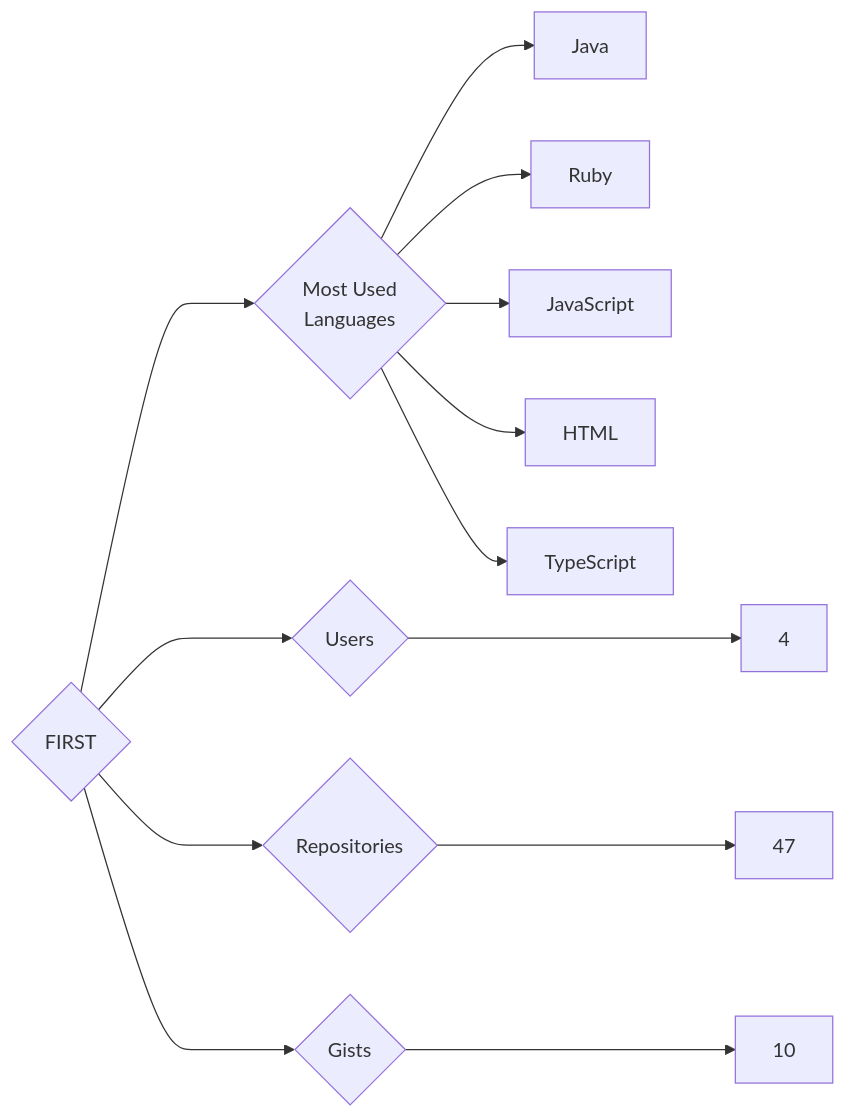
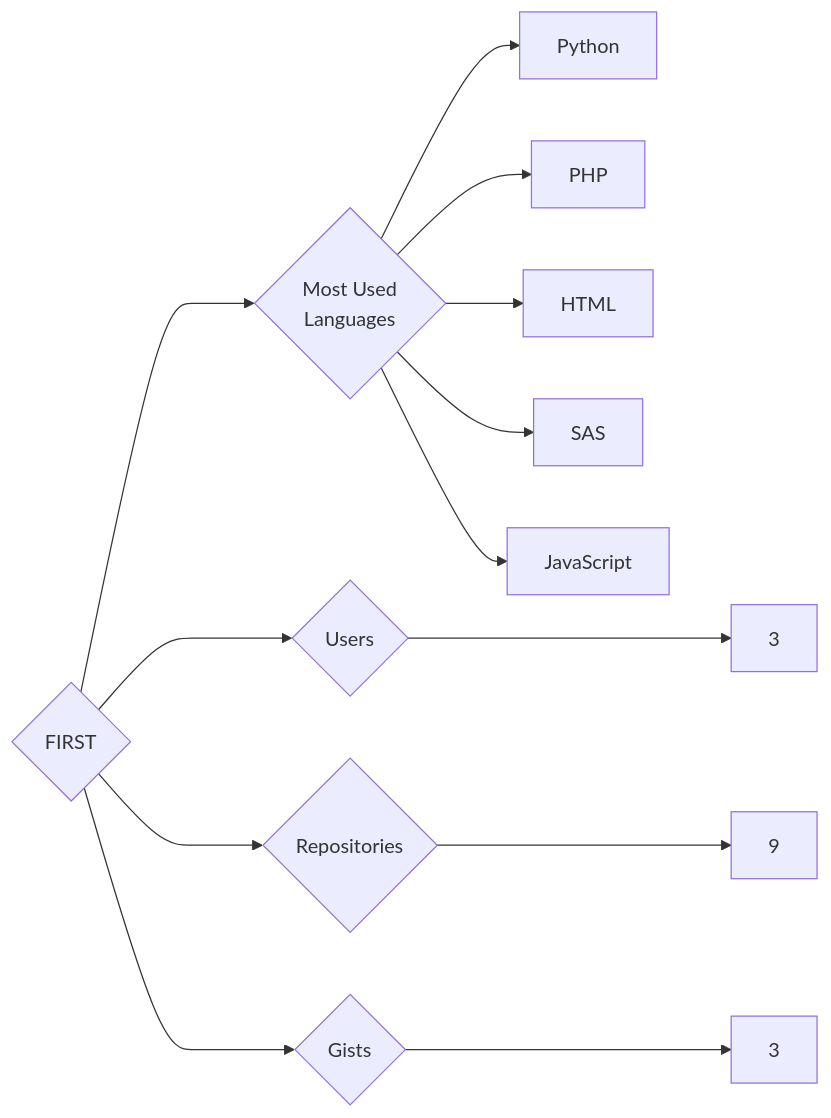
One commit to trickest/insiders changed the diagram in targets/FIRST/README.md. Above: the diagram before and after it, drawn with Mermaid. The commit also changed 1084 other files, not shown here.

````diff
--- a/targets/FIRST/README.md
+++ b/targets/FIRST/README.md
@@ -3,13 +3,13 @@
 ```mermaid
 graph LR
 COMPANY_NAME{FIRST}
-COMPANY_NAME ---> U{Users} ---> UN[4]
-COMPANY_NAME ---> R{Repositories} ---> RN[47]
-COMPANY_NAME ---> G{Gists} ---> GN[10]
+COMPANY_NAME ---> U{Users} ---> UN[3]
+COMPANY_NAME ---> R{Repositories} ---> RN[9]
+COMPANY_NAME ---> G{Gists} ---> GN[3]
 COMPANY_NAME ---> ML{Most Used<br>Languages}
-ML --> Java[Java]
-ML --> Ruby[Ruby]
+ML --> Python[Python]
+ML --> PHP[PHP]
+ML --> HTML[HTML]
+ML --> SAS[SAS]
 ML --> JavaScript[JavaScript]
-ML --> HTML[HTML]
-ML --> TypeScript[TypeScript]
 ```
````
